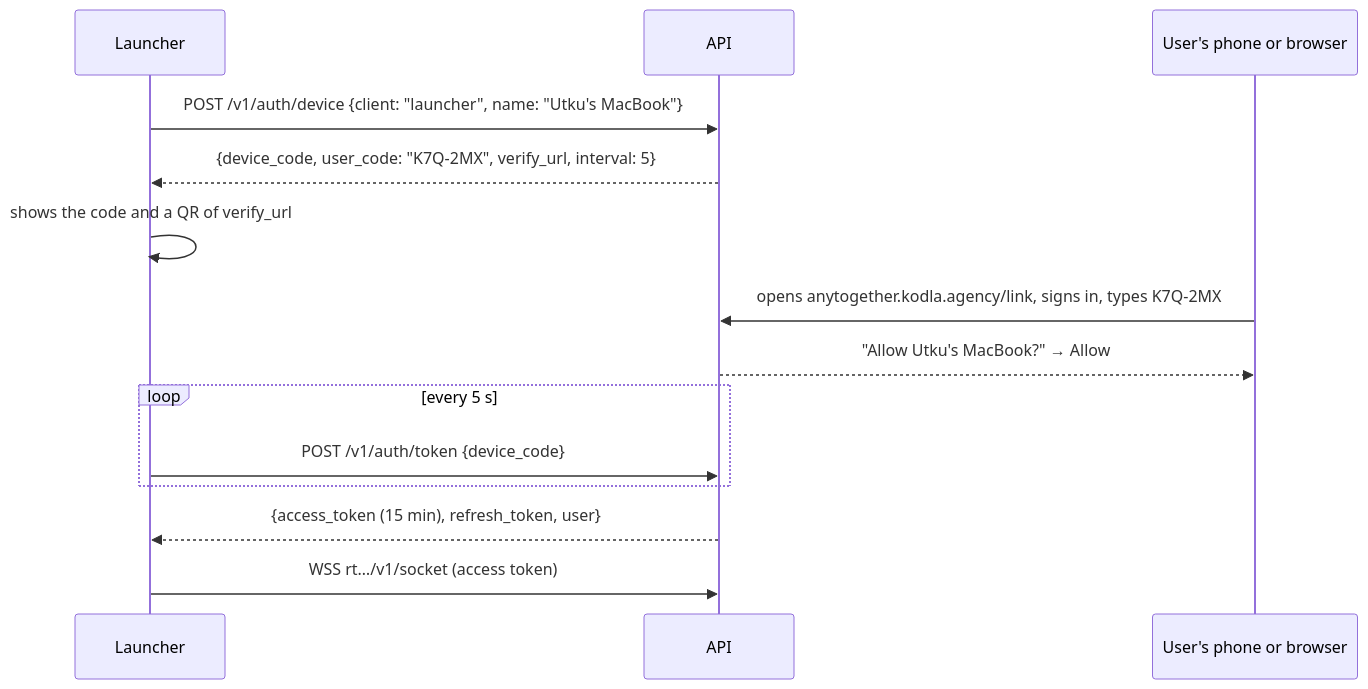
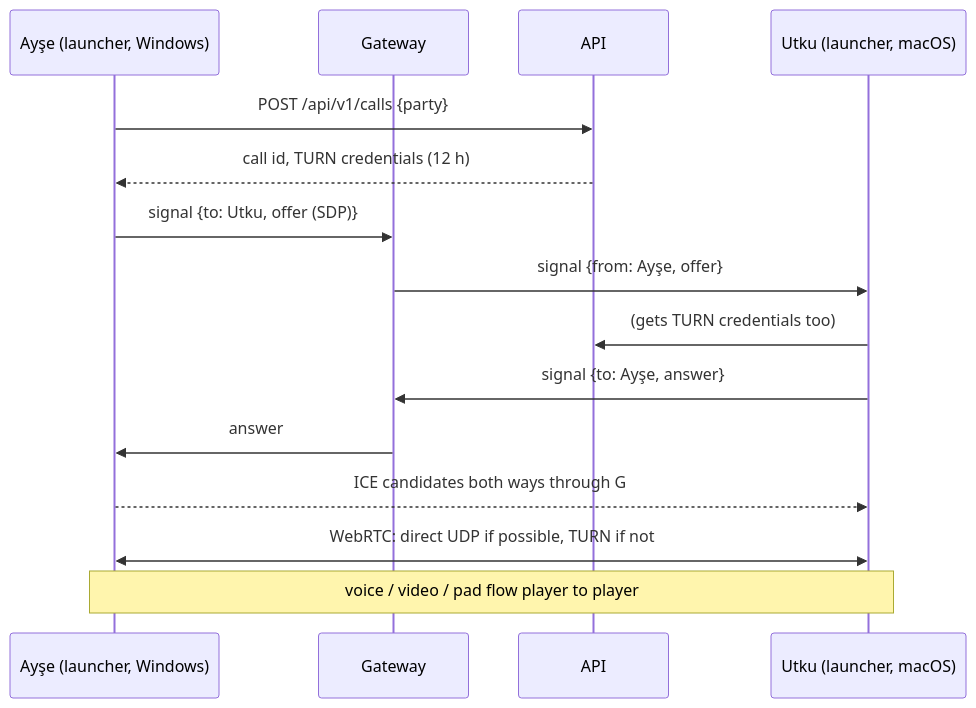
The second of 2 diagrams in docs/en/02-architecture.md (AnyTogether/AnyPS5-ARM), drawn with Mermaid before and after one commit. The commit also changed other lines of this file and 12 other files, not shown here.

````diff
--- a/docs/en/02-architecture.md
+++ b/docs/en/02-architecture.md
@@ -167,16 +152,17 @@
 ```mermaid
 sequenceDiagram
-    participant L as Launcher
-    participant A as API
-    participant U as User's phone or browser
-    L->>A: POST /v1/auth/device {client: "launcher", name: "Utku's MacBook"}
-    A-->>L: {device_code, user_code: "K7Q-2MX", verify_url, interval: 5}
-    L->>L: shows the code and a QR of verify_url
-    U->>A: opens anytogether.kodla.agency/link, signs in, types K7Q-2MX
-    A-->>U: "Allow Utku's MacBook?" → Allow
-    loop every 5 s
-        L->>A: POST /v1/auth/token {device_code}
-    end
-    A-->>L: {access_token (15 min), refresh_token, user}
-    L->>A: WSS rt…/v1/socket (access token)
+    participant A as Ayşe (launcher, Windows)
+    participant G as Gateway
+    participant API as API
+    participant U as Utku (launcher, macOS)
+    A->>API: POST /api/v1/calls {party}
+    API-->>A: call id, TURN credentials (12 h)
+    A->>G: signal {to: Utku, offer (SDP)}
+    G->>U: signal {from: Ayşe, offer}
+    U->>API: (gets TURN credentials too)
+    U->>G: signal {to: Ayşe, answer}
+    G->>A: answer
+    A-->>U: ICE candidates both ways through G
+    A<<->>U: WebRTC: direct UDP if possible, TURN if not
+    Note over A,U: voice / video / pad flow player to player
 ```
````
